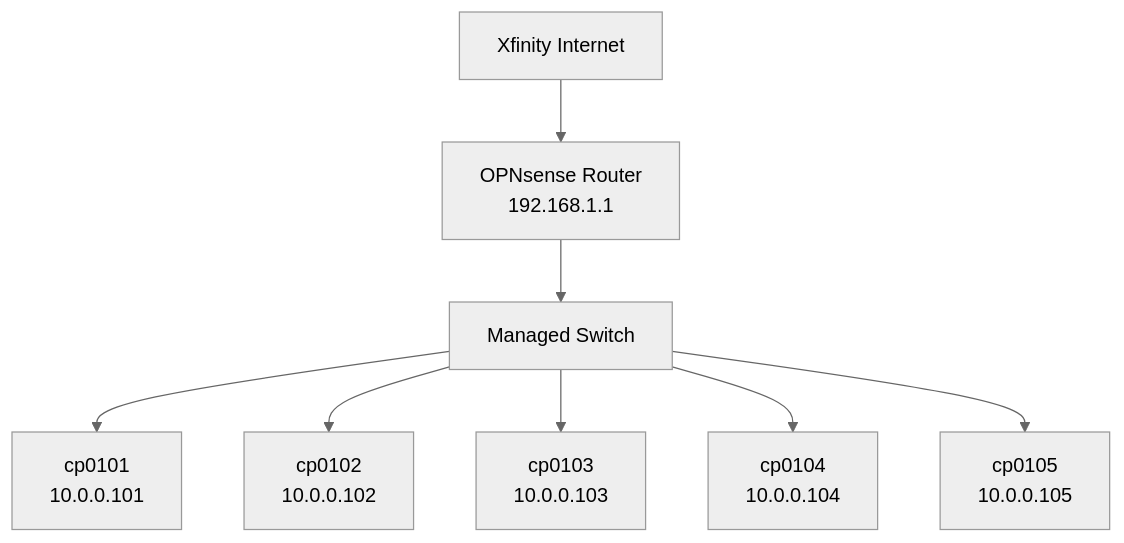
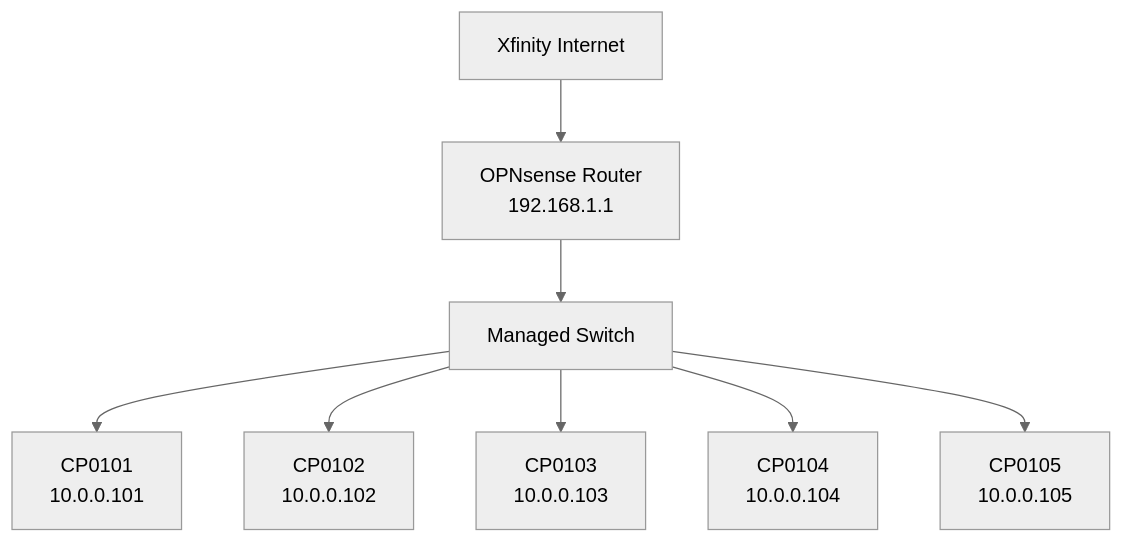
The first of 2 diagrams in docs/homelab/network.md (broswen-com/docs), drawn with Mermaid (neutral theme) before and after one commit. The commit also changed other lines of this file and 11 other files, not shown here.

````diff
--- a/docs/homelab/network.md
+++ b/docs/homelab/network.md
@@ -21,19 +21,19 @@
 ```mermaid
 graph TD
     Internet[Xfinity Internet]
     Router[OPNsense Router<br/>192.168.1.1]
     Switch[Managed Switch]
-    cp0101[cp0101<br/>10.0.0.101]
-    cp0102[cp0102<br/>10.0.0.102]
-    cp0103[cp0103<br/>10.0.0.103]
-    cp0104[cp0104<br/>10.0.0.104]
-    cp0105[cp0105<br/>10.0.0.105]
+    CP0101[CP0101<br/>10.0.0.101]
+    CP0102[CP0102<br/>10.0.0.102]
+    CP0103[CP0103<br/>10.0.0.103]
+    CP0104[CP0104<br/>10.0.0.104]
+    CP0105[CP0105<br/>10.0.0.105]
 
     Internet --> Router
     Router --> Switch
-    Switch --> cp0101
-    Switch --> cp0102
-    Switch --> cp0103
-    Switch --> cp0104
-    Switch --> cp0105
+    Switch --> CP0101
+    Switch --> CP0102
+    Switch --> CP0103
+    Switch --> CP0104
+    Switch --> CP0105
 ```
````
